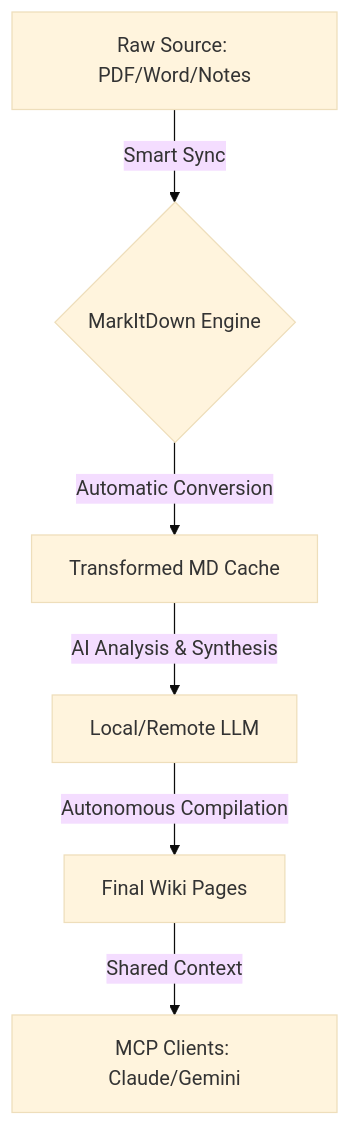
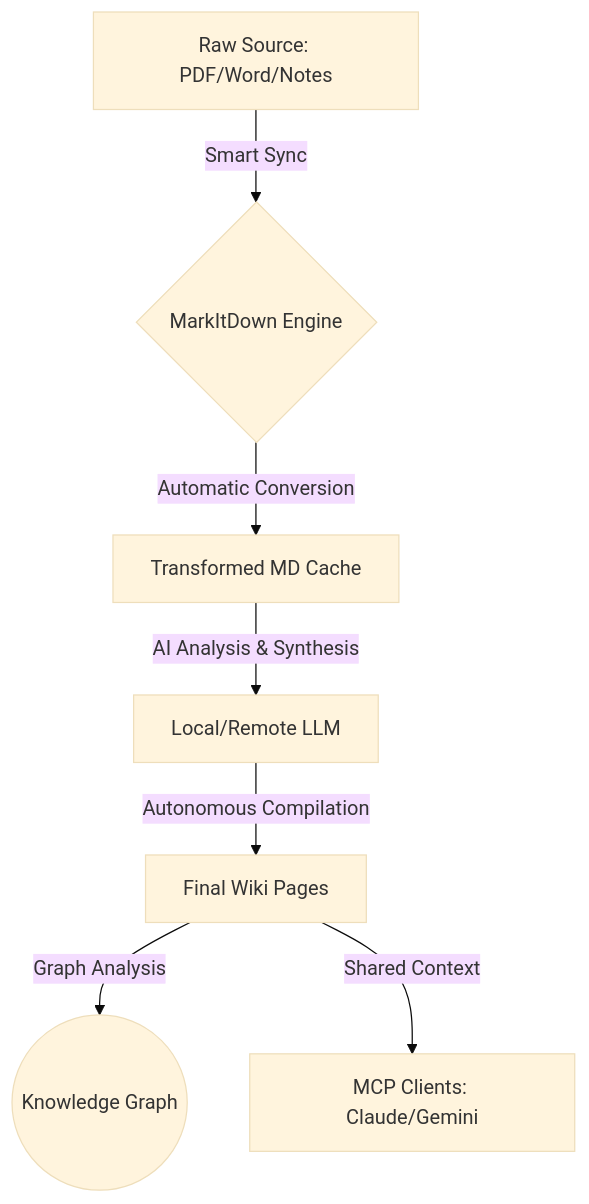
The diagram in README.md (Mins87/ConnectWikiMCP), drawn with Mermaid (base theme) before and after one commit. The commit also changed other lines of this file and 2 other files, not shown here.

Commit message:
Update v1.1.0: Added Knowledge Graph, Backlinks, Smart Tagging, and AI Prompts

````diff
--- a/README.md
+++ b/README.md
@@ -28,8 +45,9 @@
 ```mermaid
 graph TD
     A[Raw Source: PDF/Word/Notes] -->|Smart Sync| B{MarkItDown Engine}
     B -->|Automatic Conversion| C[Transformed MD Cache]
     C -->|AI Analysis & Synthesis| D[Local/Remote LLM]
     D -->|Autonomous Compilation| E[Final Wiki Pages]
+    E -->|Graph Analysis| G((Knowledge Graph))
     E -->|Shared Context| F[MCP Clients: Claude/Gemini]
 ```
````
